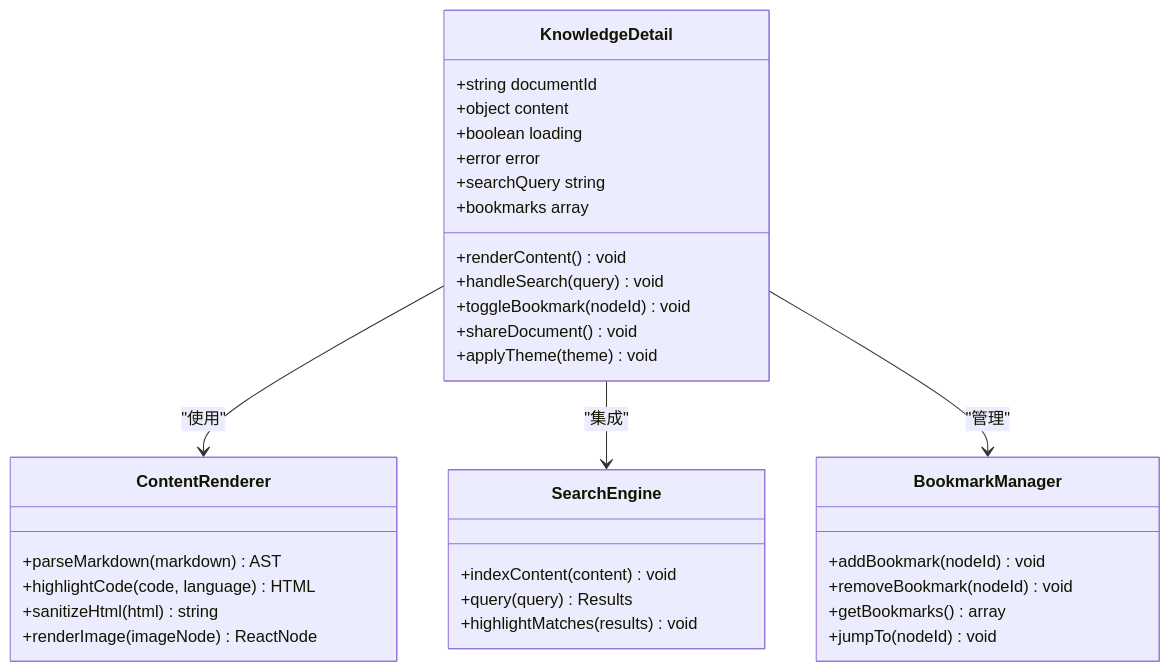
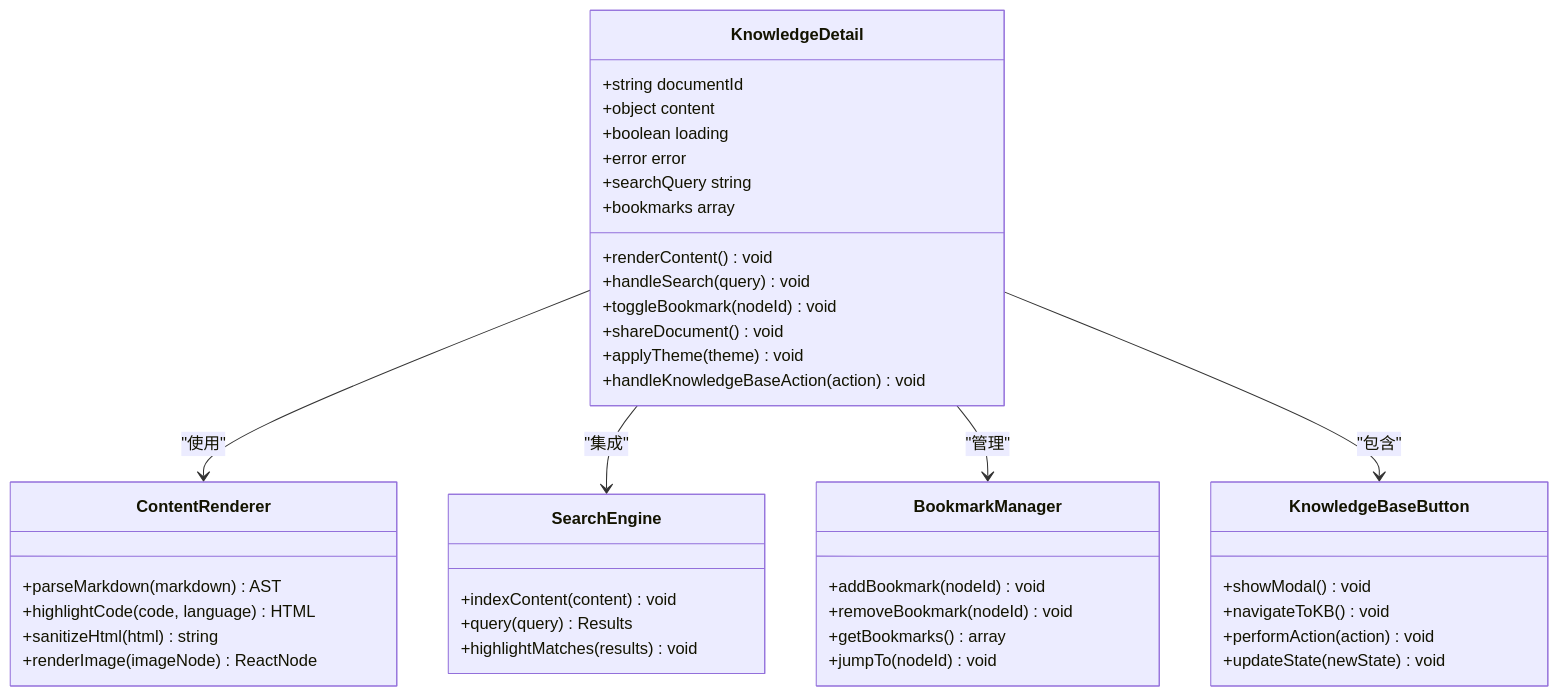
Before and after one commit to wangzihao64/RAG_Front: the third of 4 diagrams in .qoder/repowiki/zh/content/知识库管理/知识库详情组件.md, drawn with Mermaid. The commit also changed other lines of this file and 29 other files, not shown here.

````diff
--- a/.qoder/repowiki/zh/content/知识库管理/知识库详情组件.md
+++ b/.qoder/repowiki/zh/content/知识库管理/知识库详情组件.md
@@ -161,36 +164,44 @@
 ```mermaid
 classDiagram
 class KnowledgeDetail {
 +string documentId
 +object content
 +boolean loading
 +error error
 +searchQuery string
 +bookmarks array
 +renderContent() void
 +handleSearch(query) void
 +toggleBookmark(nodeId) void
 +shareDocument() void
 +applyTheme(theme) void
++handleKnowledgeBaseAction(action) void
 }
 class ContentRenderer {
 +parseMarkdown(markdown) AST
 +highlightCode(code, language) HTML
 +sanitizeHtml(html) string
 +renderImage(imageNode) ReactNode
 }
 class SearchEngine {
 +indexContent(content) void
 +query(query) Results
 +highlightMatches(results) void
 }
 class BookmarkManager {
 +addBookmark(nodeId) void
 +removeBookmark(nodeId) void
 +getBookmarks() array
 +jumpTo(nodeId) void
 }
+class KnowledgeBaseButton {
++showModal() void
++navigateToKB() void
++performAction(action) void
++updateState(newState) void
+}
 KnowledgeDetail --> ContentRenderer : "使用"
 KnowledgeDetail --> SearchEngine : "集成"
 KnowledgeDetail --> BookmarkManager : "管理"
+KnowledgeDetail --> KnowledgeBaseButton : "包含"
 ```
````
